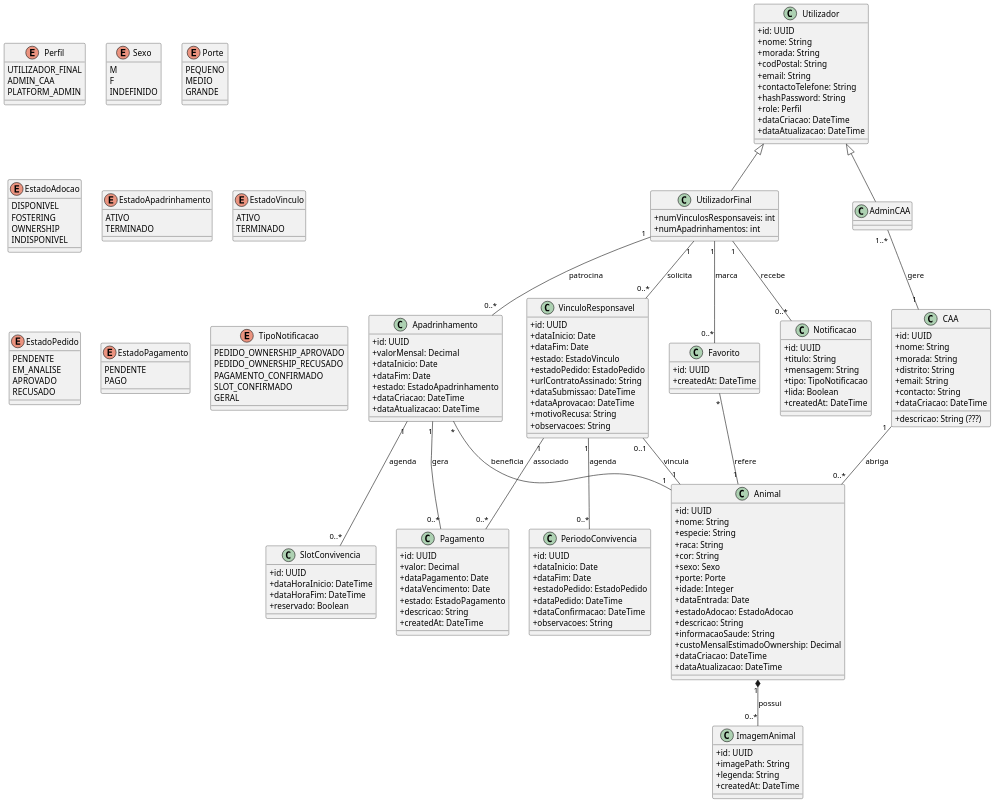
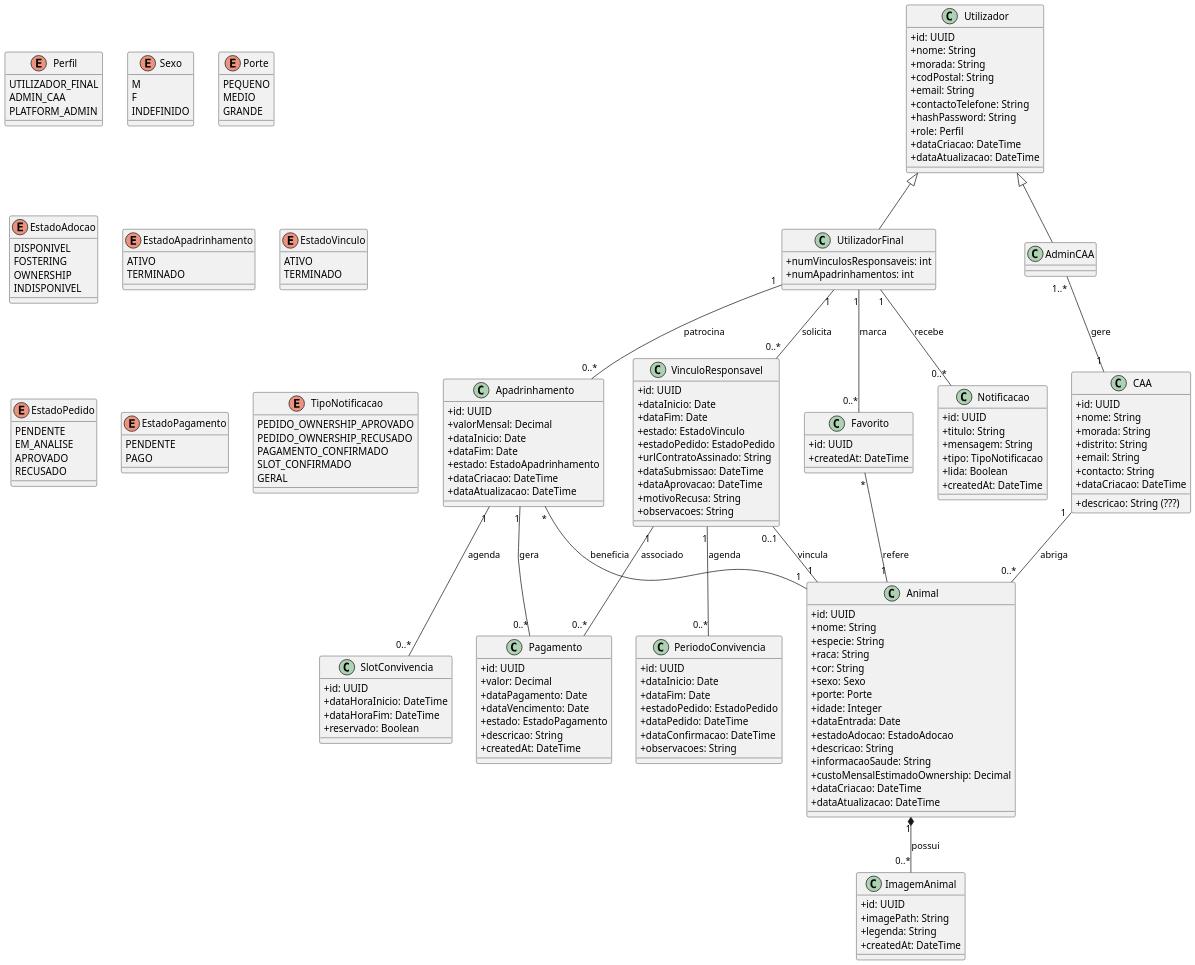
Before and after one commit to see-paw/project-artifacts: the diagram in artefactos_tecnicos/diagramas/DiagramaClasses.puml, drawn with PlantUML.

```diff
--- a/artefactos_tecnicos/diagramas/DiagramaClasses.puml
+++ b/artefactos_tecnicos/diagramas/DiagramaClasses.puml
@@ -1,5 +1,5 @@
 @startuml
-scale 1.3
+skinparam dpi 150
 skinparam classAttributeIconSize 0
 
 ' ================ UTILIZADORES ================
```
